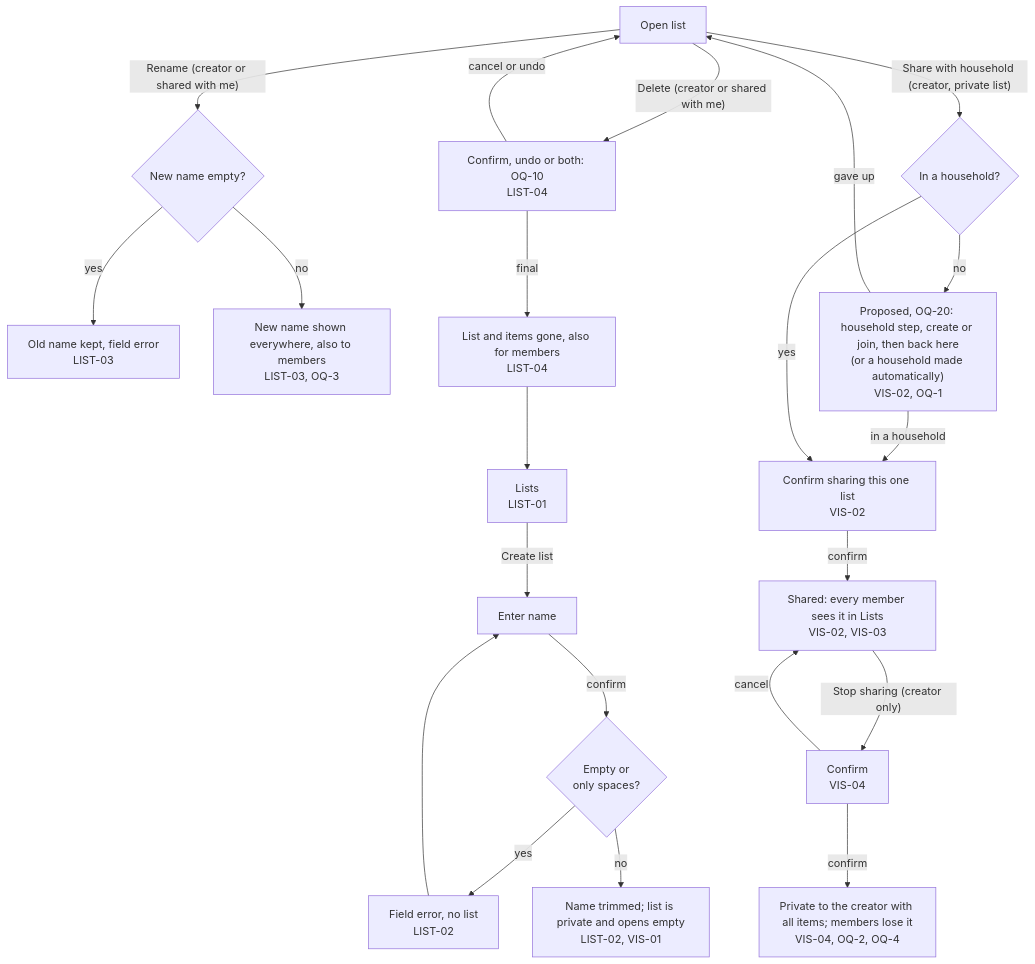
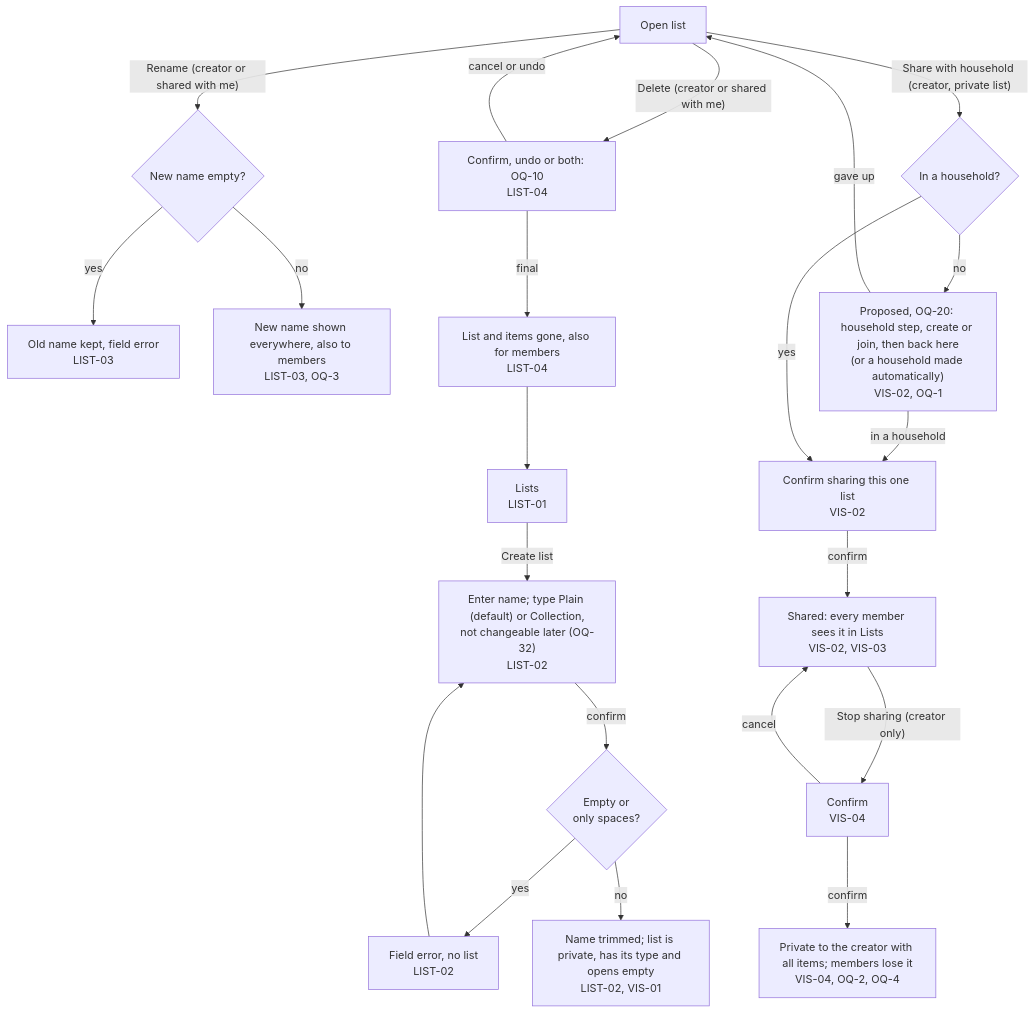
The sixth of 11 diagrams in docs/product/flow.md (bondo/listicles2), drawn with Mermaid before and after one commit. The commit also changed other lines of this file and 1 other file, not shown here.

First line of the commit message:
docs(product): add plain and collection list types to the stories and flow

````diff
--- a/docs/product/flow.md
+++ b/docs/product/flow.md
@@ -157,22 +157,22 @@
 ```mermaid
 flowchart TD
-    lists["Lists<br>LIST-01"] -- "Create list" --> name["Enter name"]
+    lists["Lists<br>LIST-01"] -- "Create list" --> name["Enter name; type Plain (default) or Collection,<br>not changeable later (OQ-32)<br>LIST-02"]
     name -- "confirm" --> nvalid{"Empty or<br>only spaces?"}
     nvalid -- "yes" --> nerr["Field error, no list<br>LIST-02"] --> name
-    nvalid -- "no" --> newlist["Name trimmed; list is private and opens empty<br>LIST-02, VIS-01"]
+    nvalid -- "no" --> newlist["Name trimmed; list is private, has its type and opens empty<br>LIST-02, VIS-01"]
     open["Open list"] -- "Rename (creator or shared with me)" --> rn{"New name empty?"}
     rn -- "yes" --> rnerr["Old name kept, field error<br>LIST-03"]
     rn -- "no" --> renamed["New name shown everywhere, also to members<br>LIST-03, OQ-3"]
     open -- "Delete (creator or shared with me)" --> del["Confirm, undo or both: OQ-10<br>LIST-04"]
     del -- "cancel or undo" --> open
     del -- "final" --> dgone["List and items gone, also for members<br>LIST-04"] --> lists
     open -- "Share with household (creator, private list)" --> inhh{"In a household?"}
     inhh -- "no" --> hstep["Proposed, OQ-20: household step, create or join, then back here<br>(or a household made automatically)<br>VIS-02, OQ-1"]
     hstep -- "in a household" --> sconfirm
     hstep -- "gave up" --> open
     inhh -- "yes" --> sconfirm["Confirm sharing this one list<br>VIS-02"]
     sconfirm -- "confirm" --> shared["Shared: every member sees it in Lists<br>VIS-02, VIS-03"]
     shared -- "Stop sharing (creator only)" --> stop["Confirm<br>VIS-04"]
     stop -- "cancel" --> shared
     stop -- "confirm" --> private["Private to the creator with all items; members lose it<br>VIS-04, OQ-2, OQ-4"]
 ```
````
